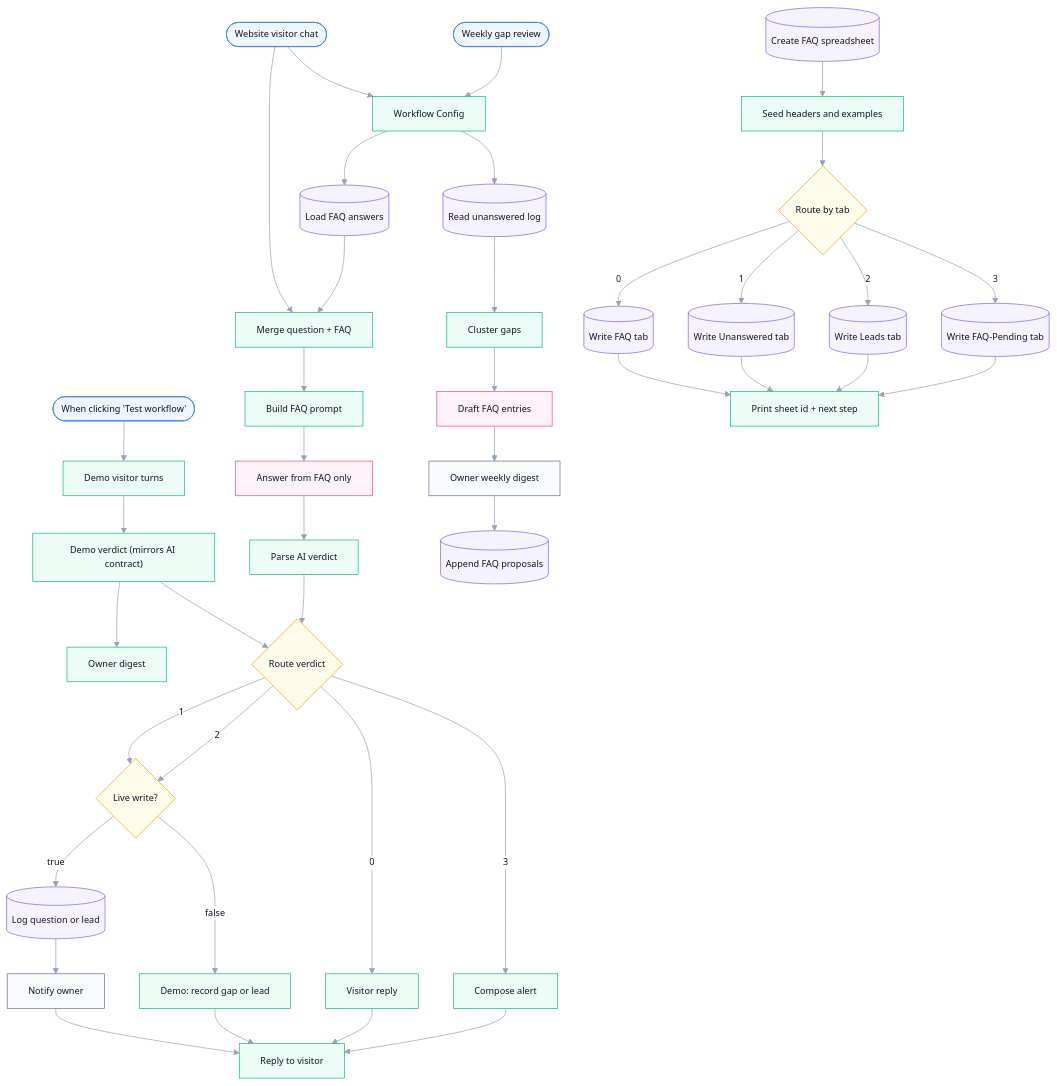
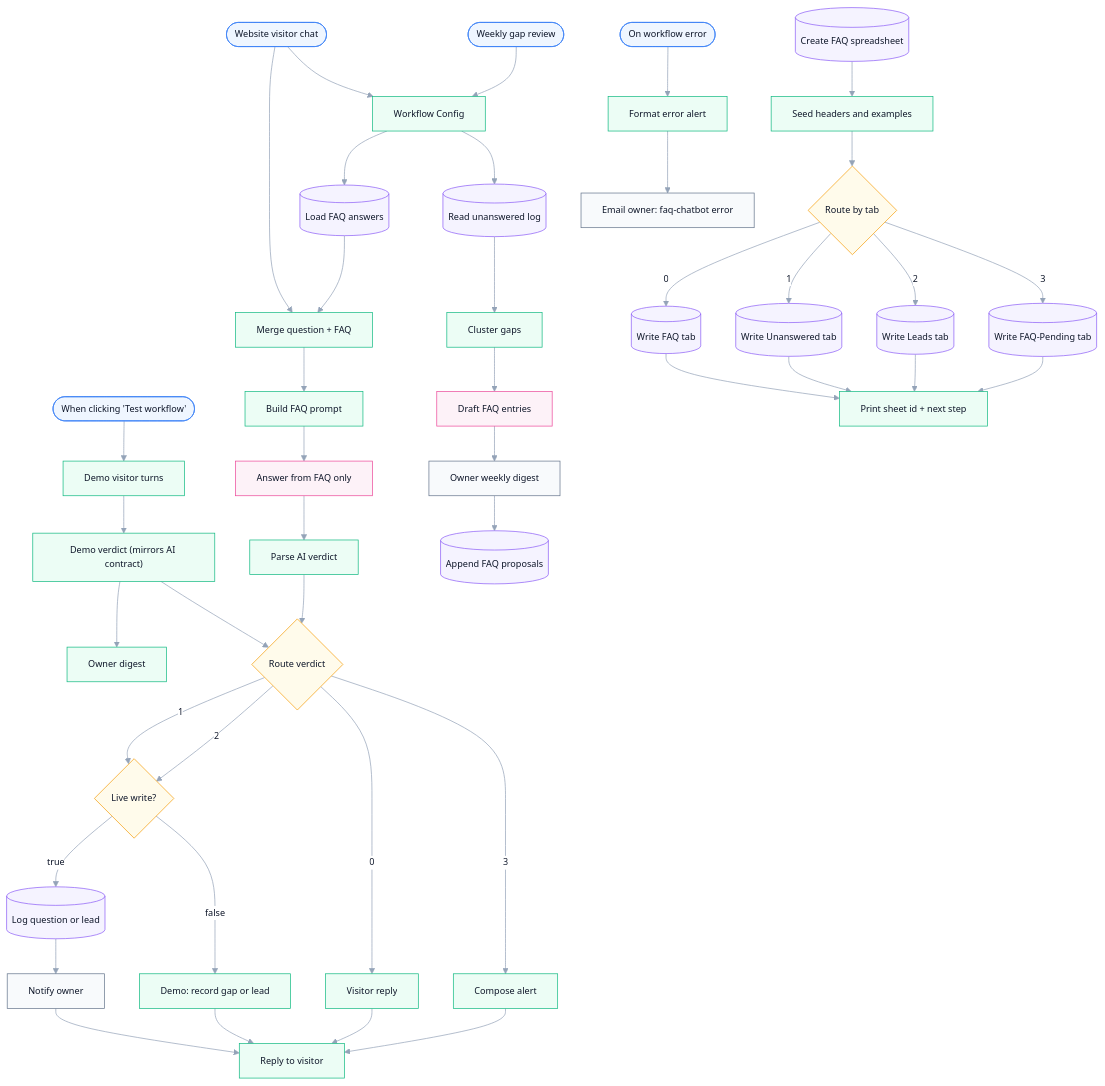
Before and after one commit to lethevinh/automation-workflows: the diagram in n8n/faq-chatbot/README.md, drawn with Mermaid. The commit also changed other lines of this file and 4 other files, not shown here.

Commit message:
feat(n8n): add error-alert lanes to faq-chatbot and promise-ledger

````diff
--- a/n8n/faq-chatbot/README.md
+++ b/n8n/faq-chatbot/README.md
@@ -48,6 +48,9 @@
     n30[("Write Leads tab")]
     n31[("Write FAQ-Pending tab")]
     n32["Print sheet id + next step"]
+    n33(["On workflow error"])
+    n34["Format error alert"]
+    n35["Email owner: faq-chatbot error"]
     n0 --> n1
     n1 --> n2
     n2 --> n11
@@ -87,6 +90,8 @@
     n29 --> n32
     n30 --> n32
     n31 --> n32
+    n33 --> n34
+    n34 --> n35
     classDef trigger fill:#EFF6FF,stroke:#3B82F6,color:#0F172A
     classDef logic fill:#ECFDF5,stroke:#10B981,color:#0F172A
     classDef decide fill:#FFFBEB,stroke:#F59E0B,color:#0F172A
@@ -95,10 +100,10 @@
     classDef external fill:#F8FAFC,stroke:#64748B,color:#0F172A
     classDef gate fill:#FEF2F2,stroke:#EF4444,color:#0F172A
     classDef disabled opacity:.55,stroke-dasharray:4 3
-    class n0,n5,n19 trigger
-    class n1,n2,n3,n4,n7,n8,n10,n12,n16,n17,n18,n21,n26,n32 logic
+    class n0,n5,n19,n33 trigger
+    class n1,n2,n3,n4,n7,n8,n10,n12,n16,n17,n18,n21,n26,n32,n34 logic
     class n11,n13,n27 decide
     class n6,n14,n20,n24,n25,n28,n29,n30,n31 store
     class n9,n22 ai
-    class n15,n23 external
+    class n15,n23,n35 external
 ```
````
